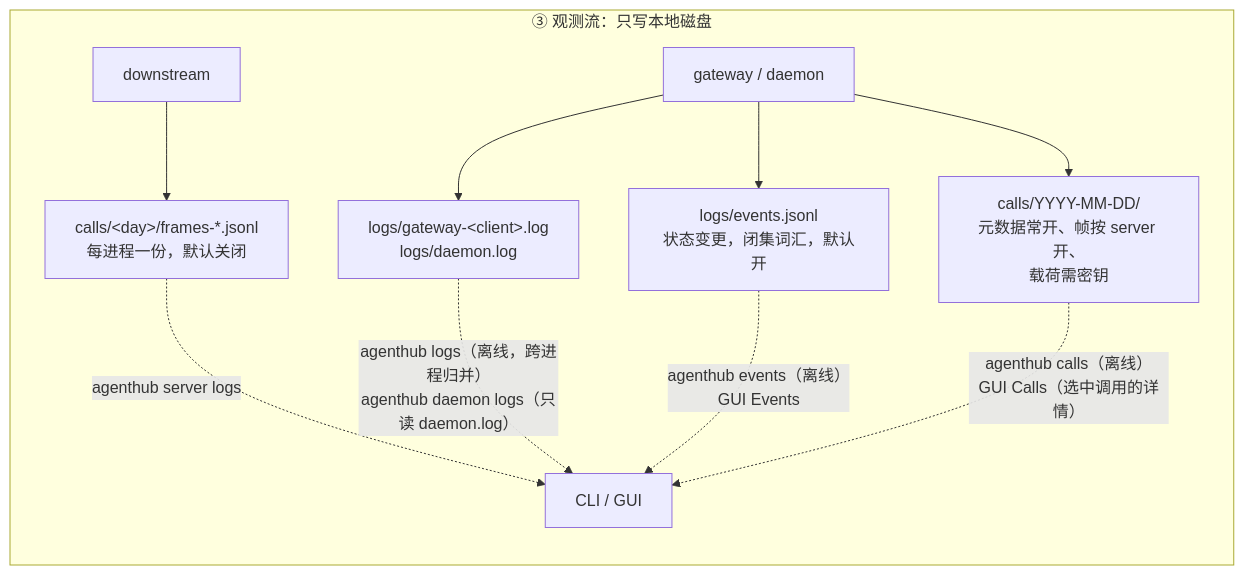
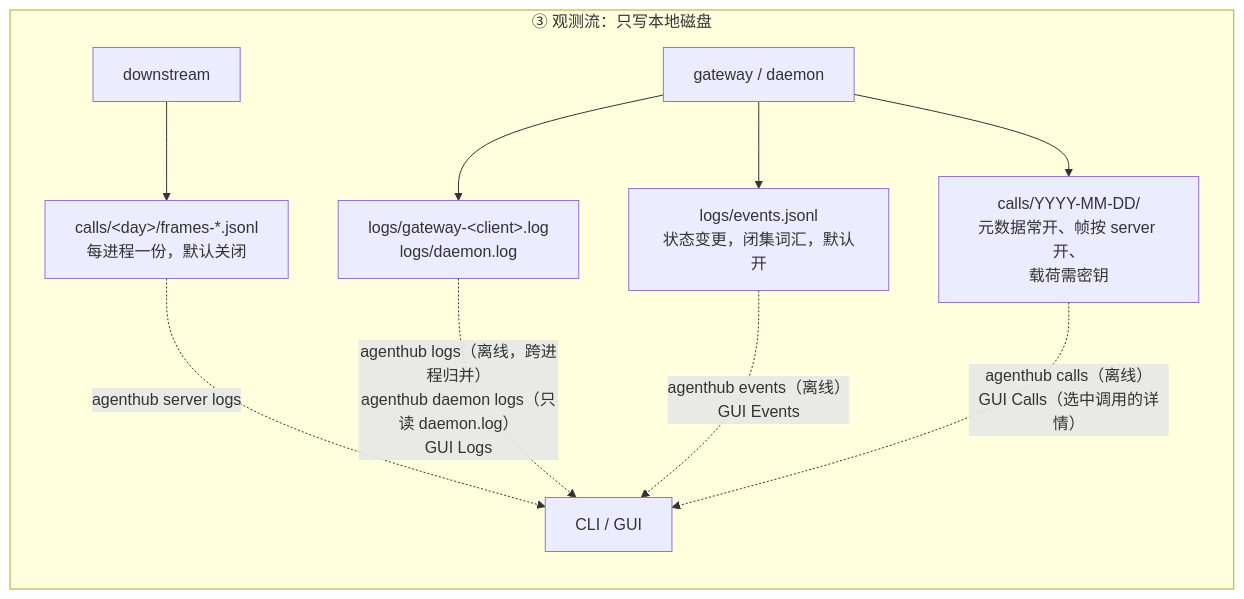
The sixth of 8 diagrams in docs/zh-CN/architecture.md (dinstein/agent-hub), drawn with Mermaid before and after one commit. The commit also changed 7 other files, not shown here.

````diff
--- a/docs/zh-CN/architecture.md
+++ b/docs/zh-CN/architecture.md
@@ -257,13 +257,13 @@
 ```mermaid
 flowchart LR
     subgraph obs["③ 观测流：只写本地磁盘"]
         DSX["downstream"] --> A4["calls/&lt;day&gt;/frames-*.jsonl<br/>每进程一份，默认关闭"]
         GW["gateway / daemon"] --> A5["logs/gateway-&lt;client&gt;.log<br/>logs/daemon.log"]
         GW --> A7["logs/events.jsonl<br/>状态变更，闭集词汇，默认开"]
         GW --> A6["calls/YYYY-MM-DD/<br/>元数据常开、帧按 server 开、<br/>载荷需密钥"]
         A4 -.->|"agenthub server logs"| F["CLI / GUI"]
-        A5 -.->|"agenthub logs（离线，跨进程归并）<br/>agenthub daemon logs（只读 daemon.log）"| F
+        A5 -.->|"agenthub logs（离线，跨进程归并）<br/>agenthub daemon logs（只读 daemon.log）<br/>GUI Logs"| F
         A7 -.->|"agenthub events（离线）<br/>GUI Events"| F
         A6 -.->|"agenthub calls（离线）<br/>GUI Calls（选中调用的详情）"| F
     end
 ```
````
